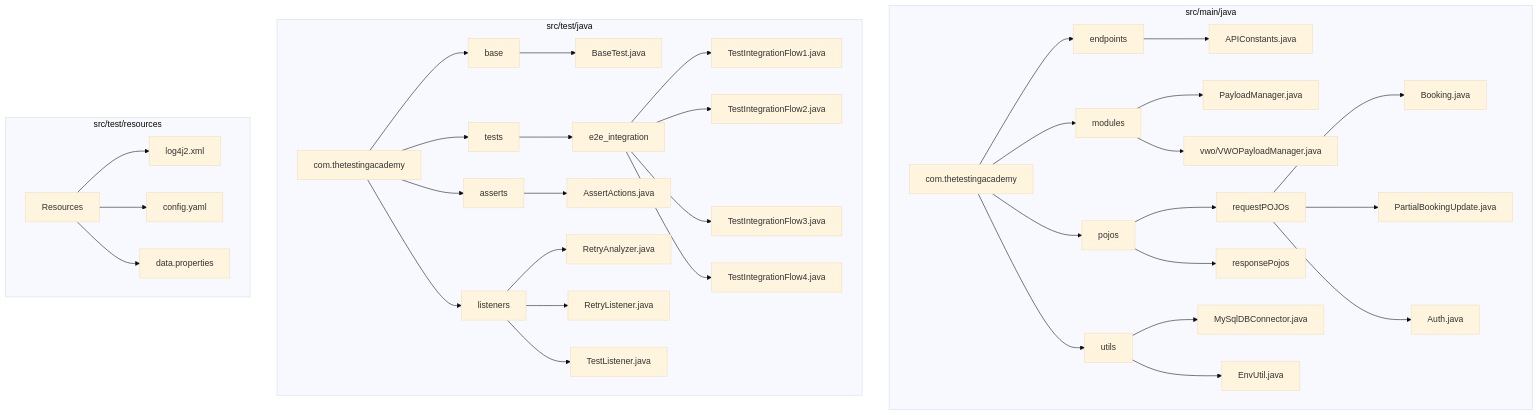
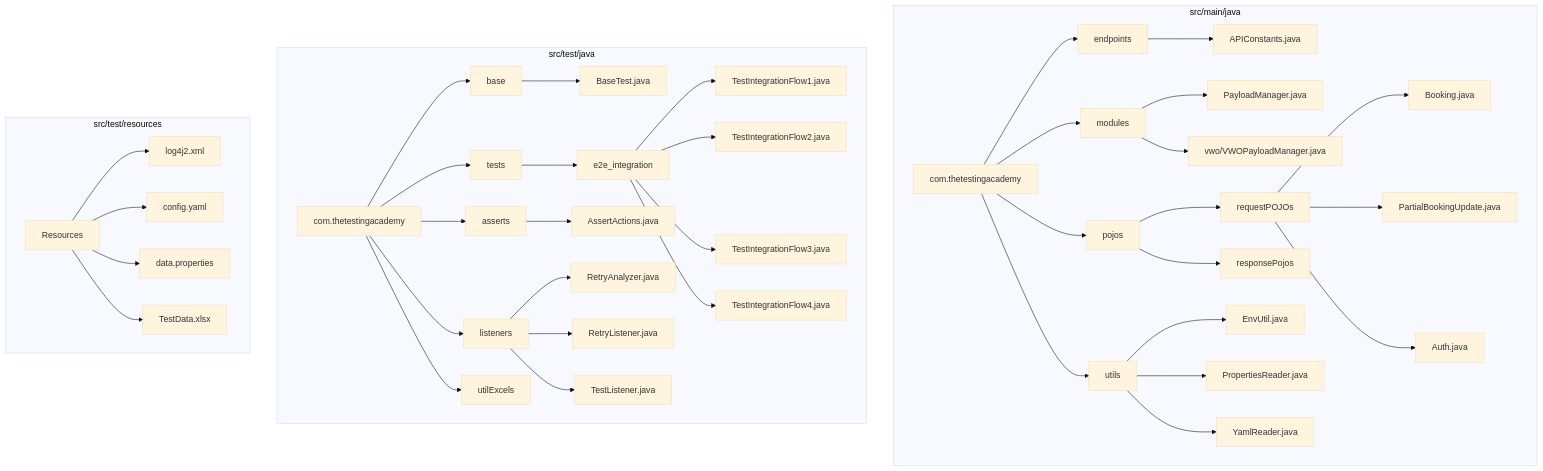
One commit to Mubashiraa-A/APIAutomationFramework changed the third of 12 diagrams in README.md. Above: the diagram before and after it, drawn with Mermaid (base theme). The commit also changed other lines of this file and 36 other files, not shown here.

````diff
--- a/README.md
+++ b/README.md
@@ -149,47 +144,50 @@
 ```mermaid
 graph TD
     subgraph src/main/java
         A[com.thetestingacademy]
         A --> B[endpoints]
         A --> C[modules]
         A --> D[pojos]
         A --> E[utils]
 
         B --> B1[APIConstants.java]
         C --> C1[PayloadManager.java]
         C --> C2[vwo/VWOPayloadManager.java]
         D --> D1[requestPOJOs]
         D --> D2[responsePojos]
         D1 --> D1a[Booking.java]
         D1 --> D1b[PartialBookingUpdate.java]
         D1 --> D1c[Auth.java]
-        E --> E1[MySqlDBConnector.java]
         E --> E2[EnvUtil.java]
+        E --> E3[PropertiesReader.java]
+        E --> E4[YamlReader.java]
     end
 
     subgraph src/test/java
         F[com.thetestingacademy]
         F --> G[base]
         F --> H[tests]
         F --> I[asserts]
         F --> L[listeners]
+        F --> M[utilExcels]
 
         G --> G1[BaseTest.java]
         H --> H1[e2e_integration]
         H1 --> H1a[TestIntegrationFlow1.java]
         H1 --> H1b[TestIntegrationFlow2.java]
         H1 --> H1c[TestIntegrationFlow3.java]
         H1 --> H1d[TestIntegrationFlow4.java]
         I --> I1[AssertActions.java]
         L --> L1[RetryAnalyzer.java]
         L --> L2[RetryListener.java]
         L --> L3[TestListener.java]
     end
 
     subgraph src/test/resources
         J[Resources]
         J --> J1[log4j2.xml]
         J --> J2[config.yaml]
         J --> J3[data.properties]
+        J --> J4[TestData.xlsx]
     end
 ```
````
